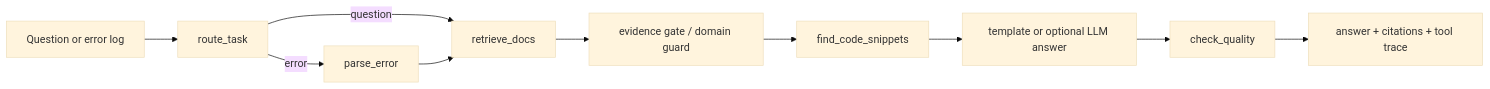
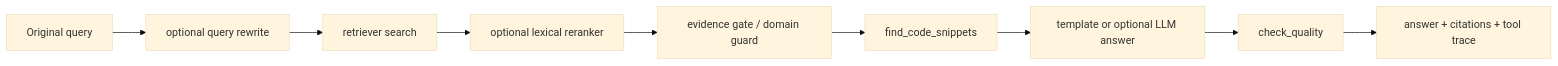
Before and after one commit to ztsstz711-afk/DevAgent-RAG: the diagram in README.md, drawn with Mermaid (base theme). The commit also changed other lines of this file and 13 other files, not shown here.

First line of the commit message:
feat: add optional query rewrite and lexical reranker

````diff
--- a/README.md
+++ b/README.md
@@ -47,12 +57,11 @@
 ```mermaid
 flowchart LR
-    Q["Question or error log"] --> R["route_task"]
-    R -->|error| P["parse_error"]
-    R -->|question| D["retrieve_docs"]
-    P --> D
-    D --> G["evidence gate / domain guard"]
+    Q["Original query"] --> RW["optional query rewrite"]
+    RW --> D["retriever search"]
+    D --> RR["optional lexical reranker"]
+    RR --> G["evidence gate / domain guard"]
     G --> C["find_code_snippets"]
     C --> A["template or optional LLM answer"]
     A --> QC["check_quality"]
     QC --> O["answer + citations + tool trace"]
 ```
````
